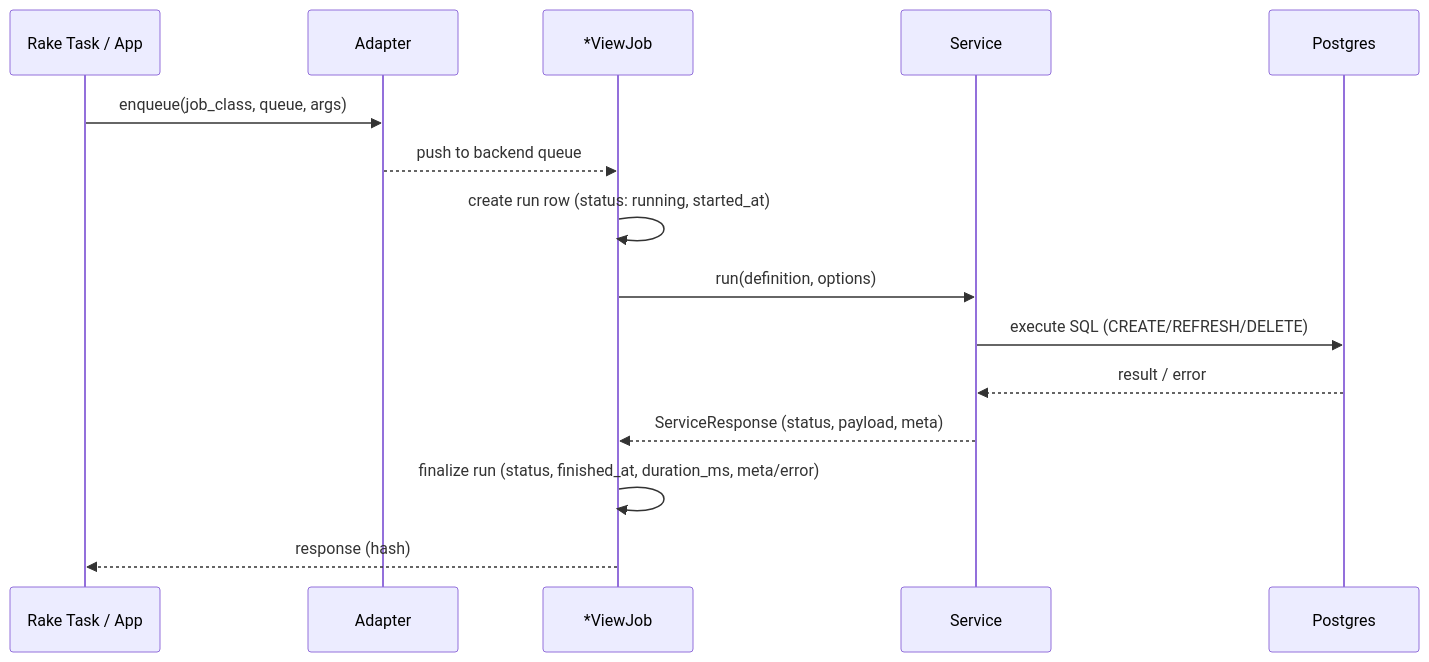
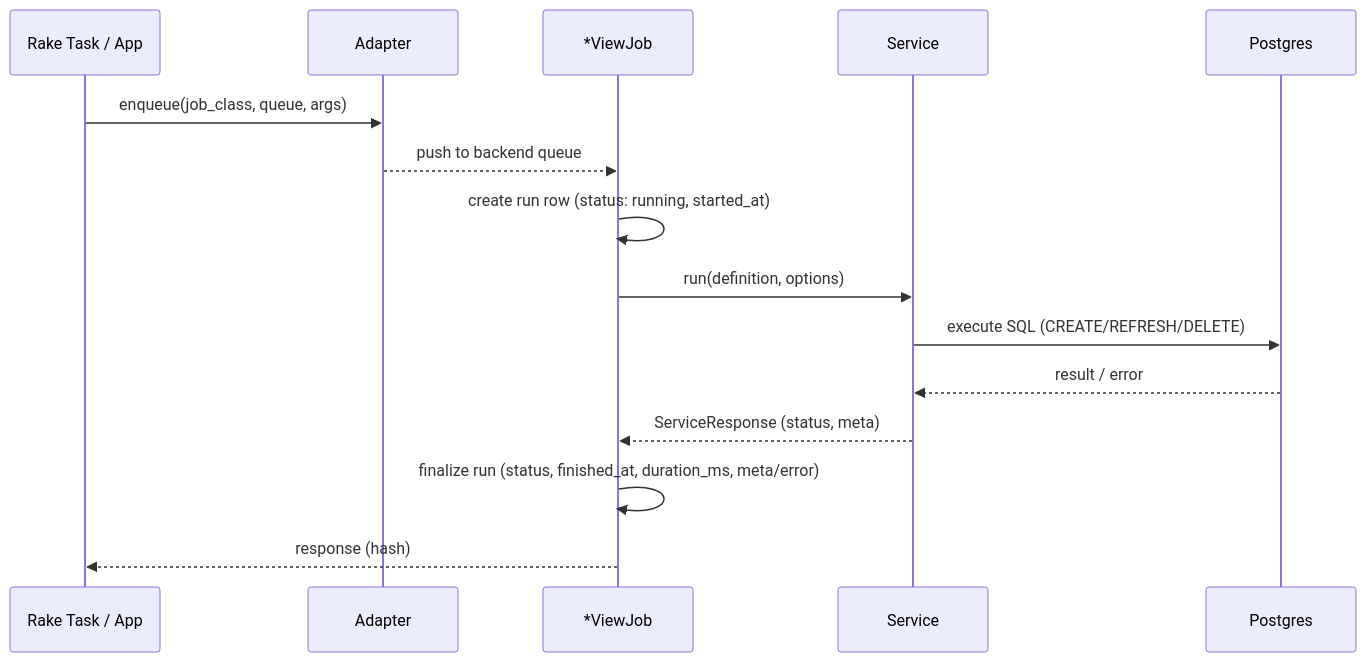
The diagram in docs/pages/5.4 jobs-and-adapters.md (Code-Vedas/rails_materialized_views), drawn with Mermaid before and after one commit. The commit also changed other lines of this file and 206 other files, not shown here.

````diff
--- a/docs/pages/5.4 jobs-and-adapters.md
+++ b/docs/pages/5.4 jobs-and-adapters.md
@@ -196,18 +196,18 @@
 ```mermaid
 sequenceDiagram
   participant CLI as Rake Task / App
   participant AD as Adapter
   participant JB as *ViewJob
   participant SV as Service
   participant DB as Postgres
 
   CLI->>AD: enqueue(job_class, queue, args)
   AD-->>JB: push to backend queue
   JB->>JB: create run row (status: running, started_at)
   JB->>SV: run(definition, options)
   SV->>DB: execute SQL (CREATE/REFRESH/DELETE)
   DB-->>SV: result / error
-  SV-->>JB: ServiceResponse (status, payload, meta)
+  SV-->>JB: ServiceResponse (status, meta)
   JB->>JB: finalize run (status, finished_at, duration_ms, meta/error)
   JB-->>CLI: response (hash)
 ```
````
